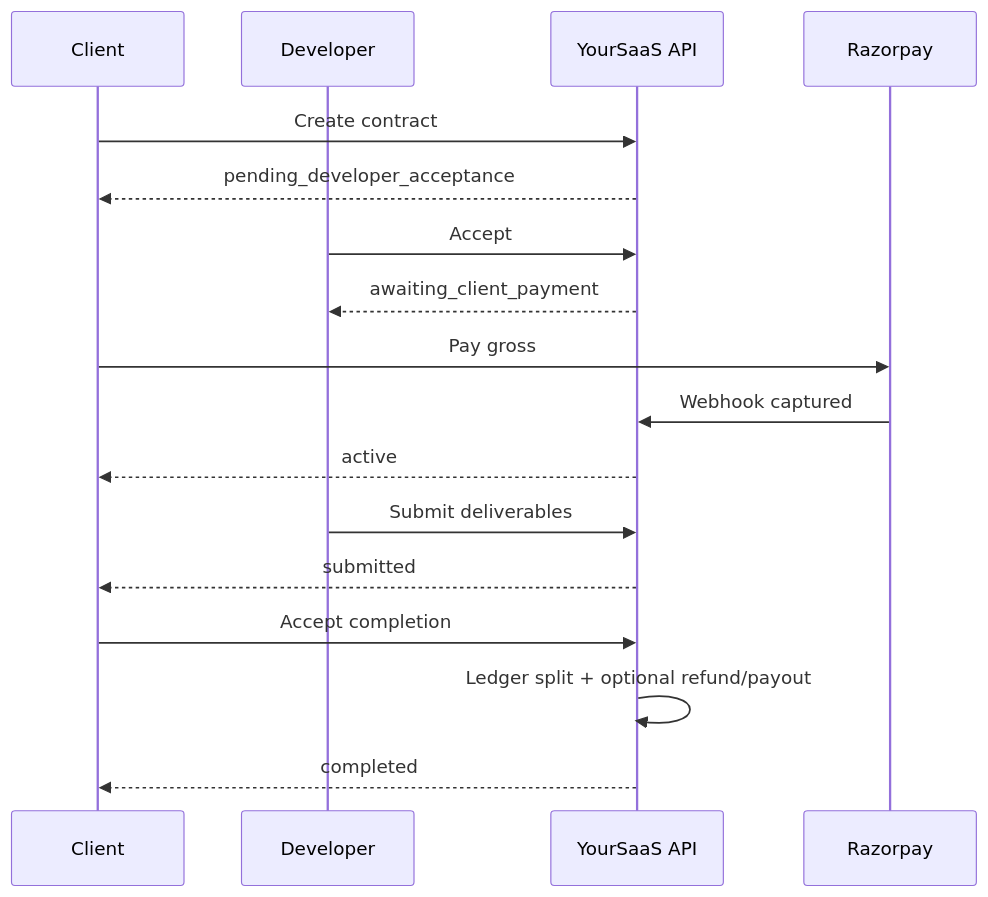
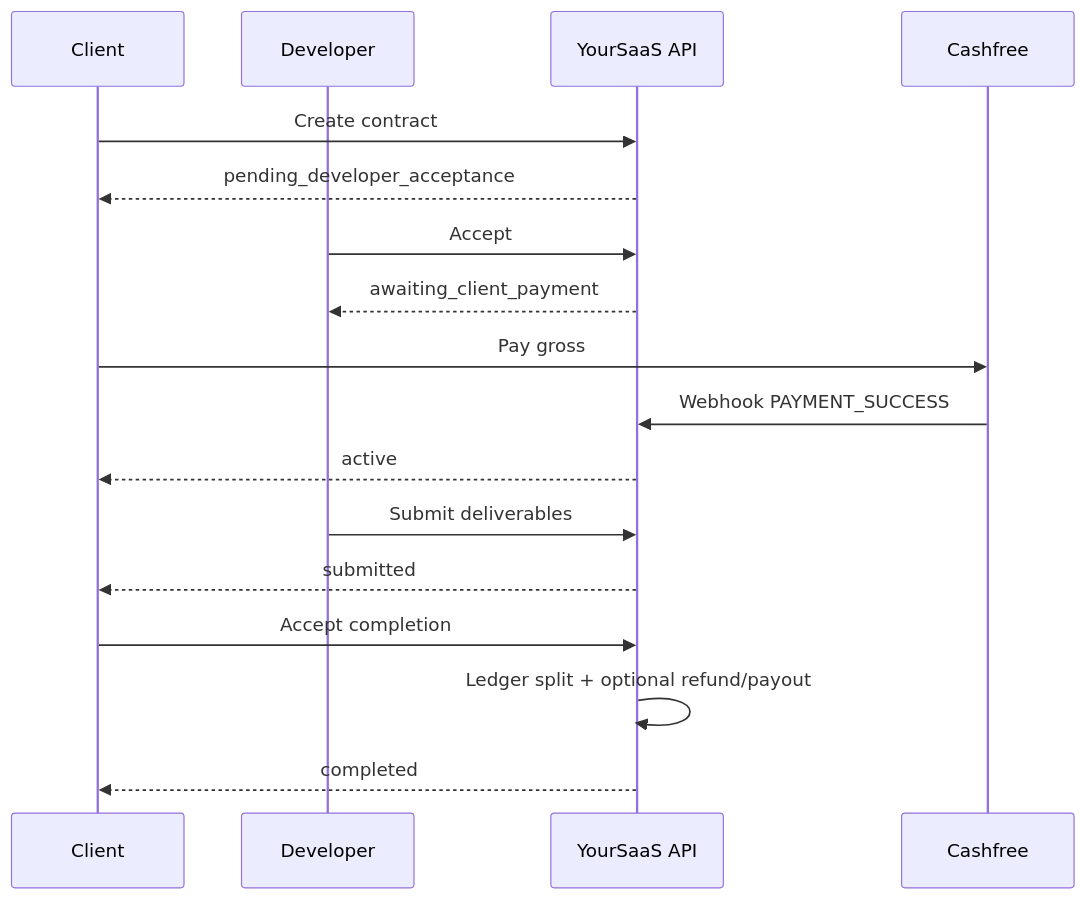
One commit to yoursaas2026/main-server changed the fourth of 4 diagrams in CONTRACT_FLOW.md. Above: the diagram before and after it, drawn with Mermaid. The commit also changed other lines of this file and 45 other files, not shown here.

First line of the commit message:
Migrate payments from Razorpay to Cashfree and add buyer onboarding APIs.

````diff
--- a/CONTRACT_FLOW.md
+++ b/CONTRACT_FLOW.md
@@ -157,20 +157,20 @@
 ```mermaid
 sequenceDiagram
     participant C as Client
     participant D as Developer
     participant API as YourSaaS API
-    participant RZ as Razorpay
+    participant CF as Cashfree
 
     C->>API: Create contract
     API-->>C: pending_developer_acceptance
     D->>API: Accept
     API-->>D: awaiting_client_payment
-    C->>RZ: Pay gross
-    RZ->>API: Webhook captured
+    C->>CF: Pay gross
+    CF->>API: Webhook PAYMENT_SUCCESS
     API-->>C: active
     D->>API: Submit deliverables
     API-->>C: submitted
     C->>API: Accept completion
     API->>API: Ledger split + optional refund/payout
     API-->>C: completed
 ```
````
